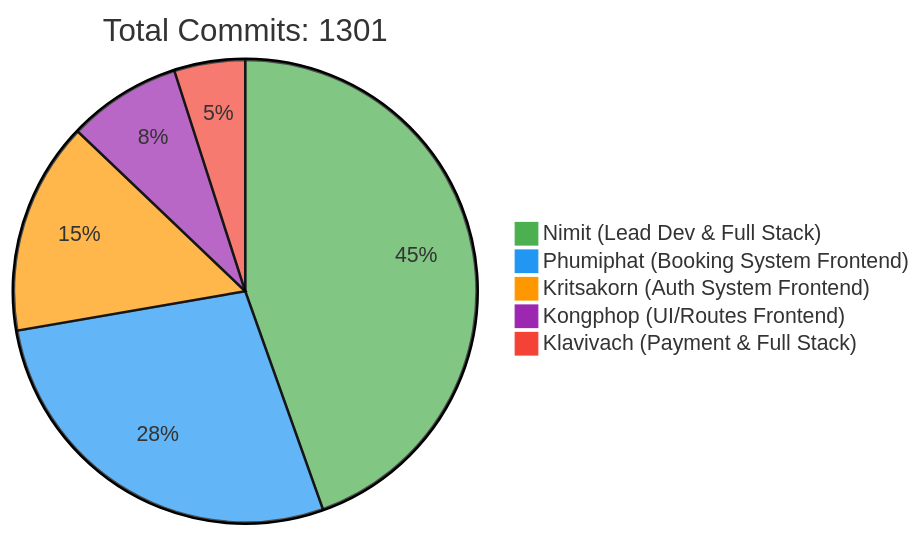
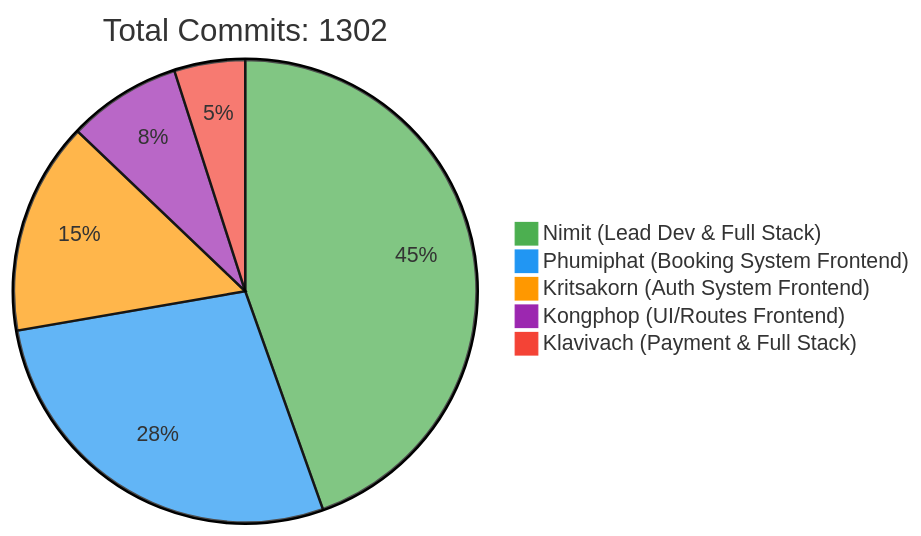
One commit to 6531503042/Sport-Complex changed the first of 2 diagrams in README.md. Above: the diagram before and after it, drawn with Mermaid. The commit also changed other lines of this file, not shown here.

Commit message:
docs: Update contributor statistics [skip ci]

````diff
--- a/README.md
+++ b/README.md
@@ -257,10 +257,10 @@
 ```mermaid
 %%{init: {'theme': 'base', 'themeVariables': { 'pie1': '#4CAF50', 'pie2': '#2196F3', 'pie3': '#FF9800', 'pie4': '#9C27B0', 'pie5': '#F44336'}}}%%
 pie
-    title Total Commits: 1301
+    title Total Commits: 1302
     "Nimit (Lead Dev & Full Stack)" : 450
     "Phumiphat (Booking System Frontend)" : 280
     "Kritsakorn (Auth System Frontend)" : 150
     "Kongphop (UI/Routes Frontend)" : 80
     "Klavivach (Payment & Full Stack)" : 50
 ```
````
